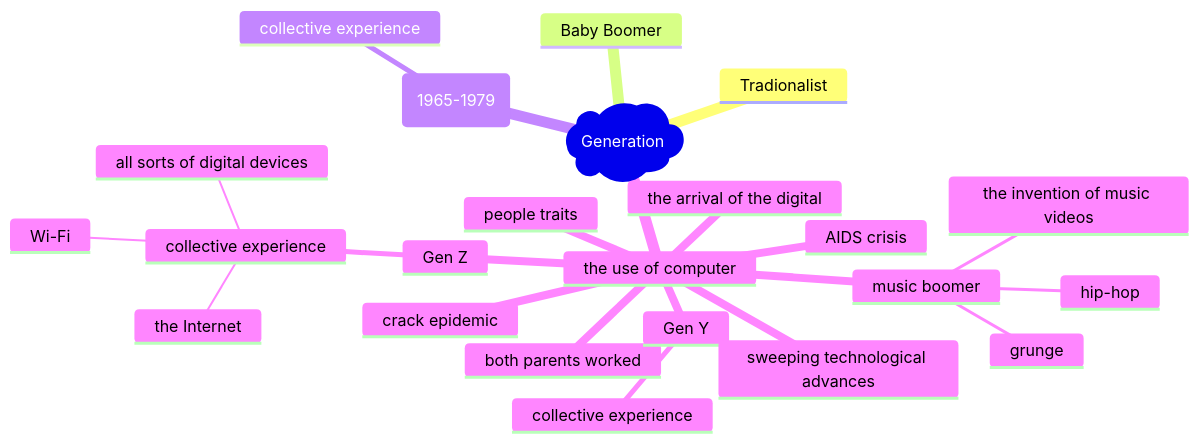
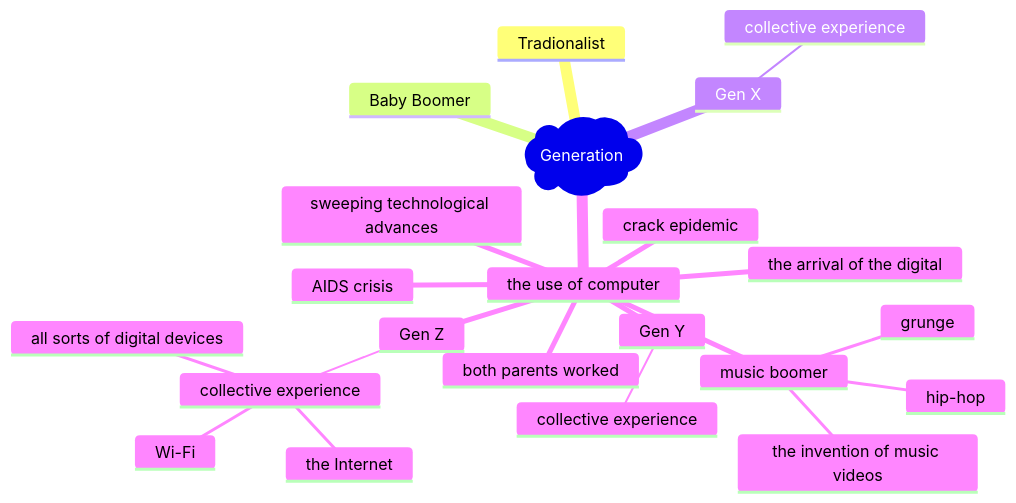
Before and after one commit to Charlie929-dot/charlie_vault: the diagram in 英语第一次作业.md, drawn with Mermaid. The commit also changed 1 other file, not shown here.

Commit message:
vault backup: 2026-03-03 10:24:53

````diff
--- a/英语第一次作业.md
+++ b/英语第一次作业.md
@@ -3,28 +3,25 @@
 ```mermaid
 mindmap
   root)Generation(
-    Tradionalist
-    Baby Boomer
-    Gen X\(1965-1979)
-	    collective experience
-			the use of computer
-		    both parents worked
-		    crack epidemic
-		    AIDS crisis
-		    music boomer
-			    the invention of music videos
-			    hip-hop
-			    grunge
-	    people traits
-		    
-		    
-    Gen Y
-	    collective experience
-			 sweeping technological advances
-			 the arrival of the digital 
-    Gen Z
-	    collective experience
-		    all sorts of digital devices
-		    the Internet
-		    Wi-Fi
+	    Tradionalist
+	    Baby Boomer
+	    Gen X
+		    collective experience
+				the use of computer
+			    both parents worked
+			    crack epidemic
+			    AIDS crisis
+			    music boomer
+				    the invention of music videos
+				    hip-hop
+				    grunge
+	    Gen Y
+		    collective experience
+				 sweeping technological advances
+				 the arrival of the digital 
+	    Gen Z
+		    collective experience
+			    all sorts of digital devices
+			    the Internet
+			    Wi-Fi
 ```
````
